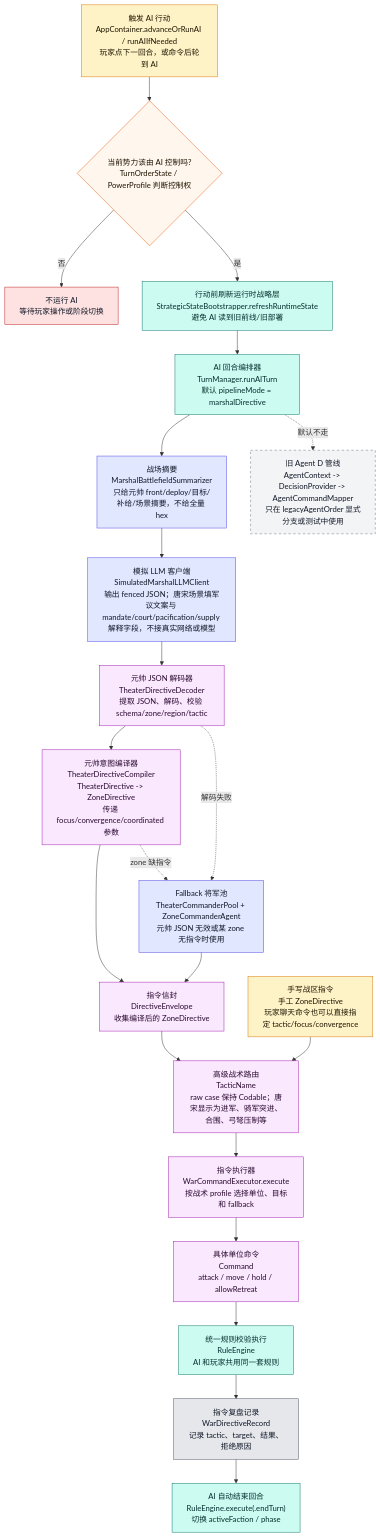
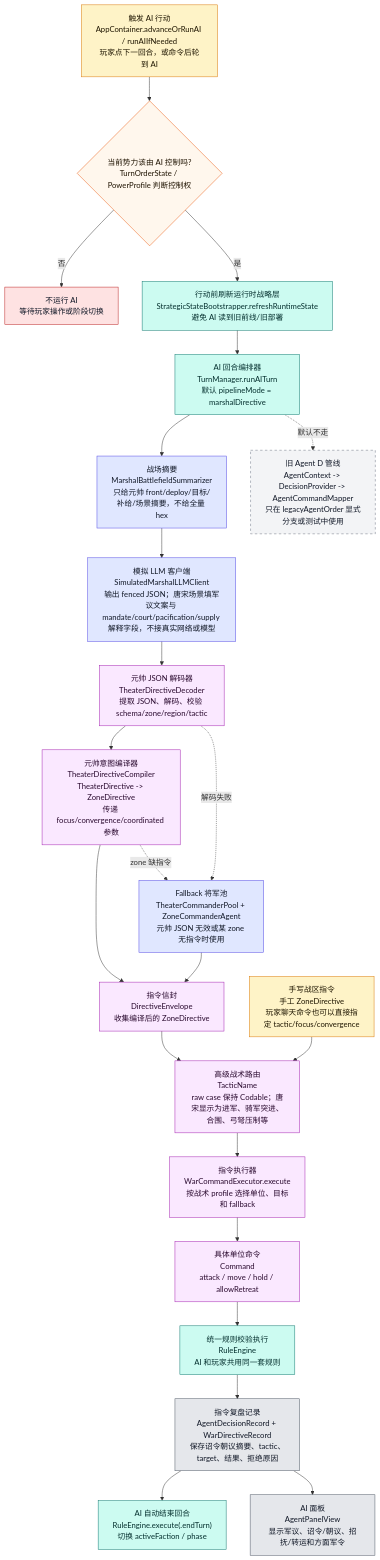
Before and after one commit to Altman-sam114/125: the seventh of 12 diagrams in md/flow/flowchart.md, drawn with Mermaid. The commit also changed other lines of this file and 8 other files, not shown here.

````diff
--- a/md/flow/flowchart.md
+++ b/md/flow/flowchart.md
@@ -363,43 +363,45 @@
 ```mermaid
 flowchart TD
     START["触发 AI 行动<br/>AppContainer.advanceOrRunAI / runAIIfNeeded<br/>玩家点下一回合，或命令后轮到 AI"]:::input
     CHECK{"当前势力该由 AI 控制吗?<br/>TurnOrderState / PowerProfile 判断控制权"}:::decision
     STOP["不运行 AI<br/>等待玩家操作或阶段切换"]:::stop
     REFRESH["行动前刷新运行时战略层<br/>StrategicStateBootstrapper.refreshRuntimeState<br/>避免 AI 读到旧前线/旧部署"]:::rules
     TM["AI 回合编排器<br/>TurnManager.runAITurn<br/>默认 pipelineMode = marshalDirective"]:::rules
     SUM["战场摘要<br/>MarshalBattlefieldSummarizer<br/>只给元帅 front/deploy/目标/补给/场景摘要，不给全量 hex"]:::ai
     LLM["模拟 LLM 客户端<br/>SimulatedMarshalLLMClient<br/>输出 fenced JSON；唐宋场景填军议文案与 mandate/court/pacification/supply 解释字段，不接真实网络或模型"]:::ai
     DEC["元帅 JSON 解码器<br/>TheaterDirectiveDecoder<br/>提取 JSON、解码、校验 schema/zone/region/tactic"]:::command
     COMP["元帅意图编译器<br/>TheaterDirectiveCompiler<br/>TheaterDirective -> ZoneDirective<br/>传递 focus/convergence/coordinated 参数"]:::command
     ENV["指令信封<br/>DirectiveEnvelope<br/>收集编译后的 ZoneDirective"]:::command
     TACTIC["高级战术路由<br/>TacticName<br/>raw case 保持 Codable；唐宋显示为进军、骑军突进、合围、弓弩压制等"]:::command
     WCE["指令执行器<br/>WarCommandExecutor.execute<br/>按战术 profile 选择单位、目标和 fallback"]:::command
     BOTTOM["具体单位命令<br/>Command<br/>attack / move / hold / allowRetreat"]:::command
     RE["统一规则校验执行<br/>RuleEngine<br/>AI 和玩家共用同一套规则"]:::rules
-    RECORD["指令复盘记录<br/>WarDirectiveRecord<br/>记录 tactic、target、结果、拒绝原因"]:::ui
+    RECORD["指令复盘记录<br/>AgentDecisionRecord + WarDirectiveRecord<br/>保存诏令朝议摘要、tactic、target、结果、拒绝原因"]:::ui
+    PANEL["AI 面板<br/>AgentPanelView<br/>显示军议、诏令/朝议、招抚/转运和方面军令"]:::ui
     END["AI 自动结束回合<br/>RuleEngine.execute(.endTurn)<br/>切换 activeFaction / phase"]:::rules
 
     START --> CHECK
     CHECK -->|否| STOP
     CHECK -->|是| REFRESH --> TM --> SUM --> LLM --> DEC --> COMP --> ENV
     ENV --> TACTIC --> WCE --> BOTTOM --> RE --> RECORD --> END
+    RECORD --> PANEL
 
     FALLBACK["Fallback 将军池<br/>TheaterCommanderPool + ZoneCommanderAgent<br/>元帅 JSON 无效或某 zone 无指令时使用"]:::ai
     DEC -.解码失败.-> FALLBACK --> ENV
     COMP -.zone 缺指令.-> FALLBACK
 
     LEGACY["旧 Agent D 管线<br/>AgentContext -> DecisionProvider -> AgentCommandMapper<br/>只在 legacyAgentOrder 显式分支或测试中使用"]:::legacy
     TM -.默认不走.-> LEGACY
 
     MANUAL["手写战区指令<br/>手工 ZoneDirective<br/>玩家聊天命令也可以直接指定 tactic/focus/convergence"]:::input
     MANUAL --> TACTIC
 
     classDef input fill:#fef3c7,stroke:#d97706,color:#1f1600
     classDef decision fill:#fff7ed,stroke:#ea580c,color:#1f1300
     classDef stop fill:#fee2e2,stroke:#b91c1c,color:#111827
     classDef rules fill:#ccfbf1,stroke:#0f766e,color:#042f2e
     classDef ai fill:#e0e7ff,stroke:#4f46e5,color:#111827
     classDef command fill:#fae8ff,stroke:#a21caf,color:#2a0a2f
     classDef ui fill:#e5e7eb,stroke:#4b5563,color:#111827
     classDef legacy fill:#f3f4f6,stroke:#6b7280,stroke-dasharray:5 5,color:#111827
 ```
````
